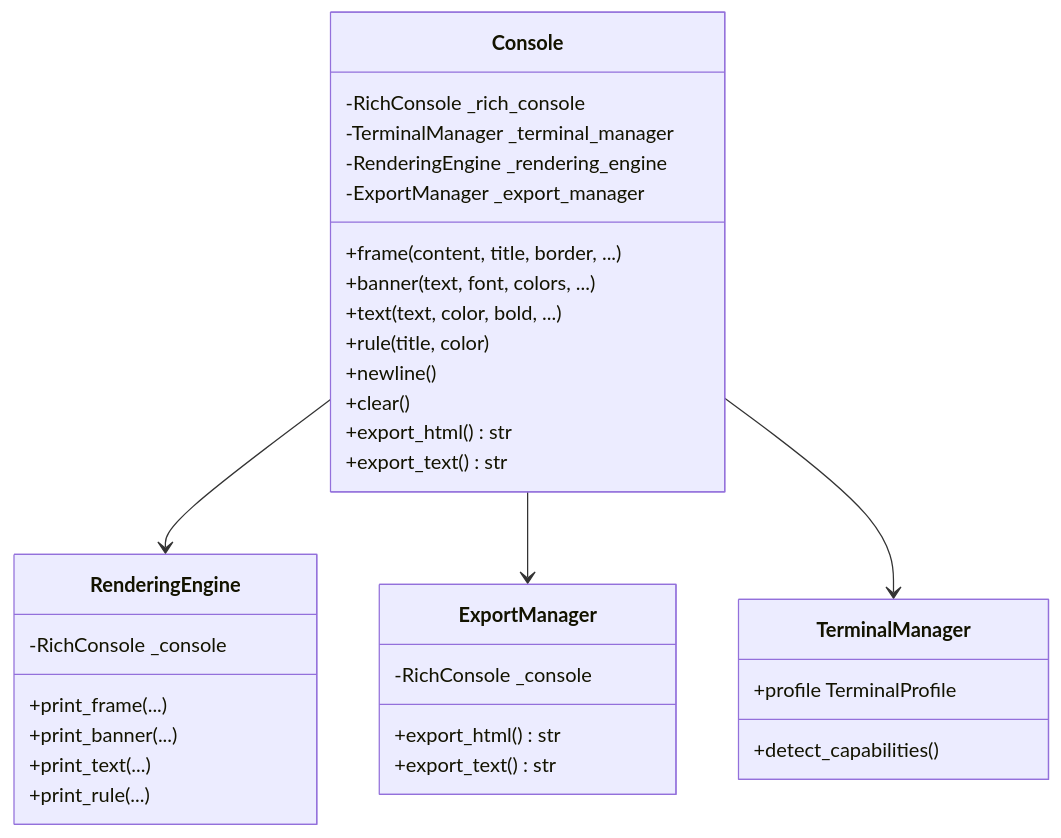
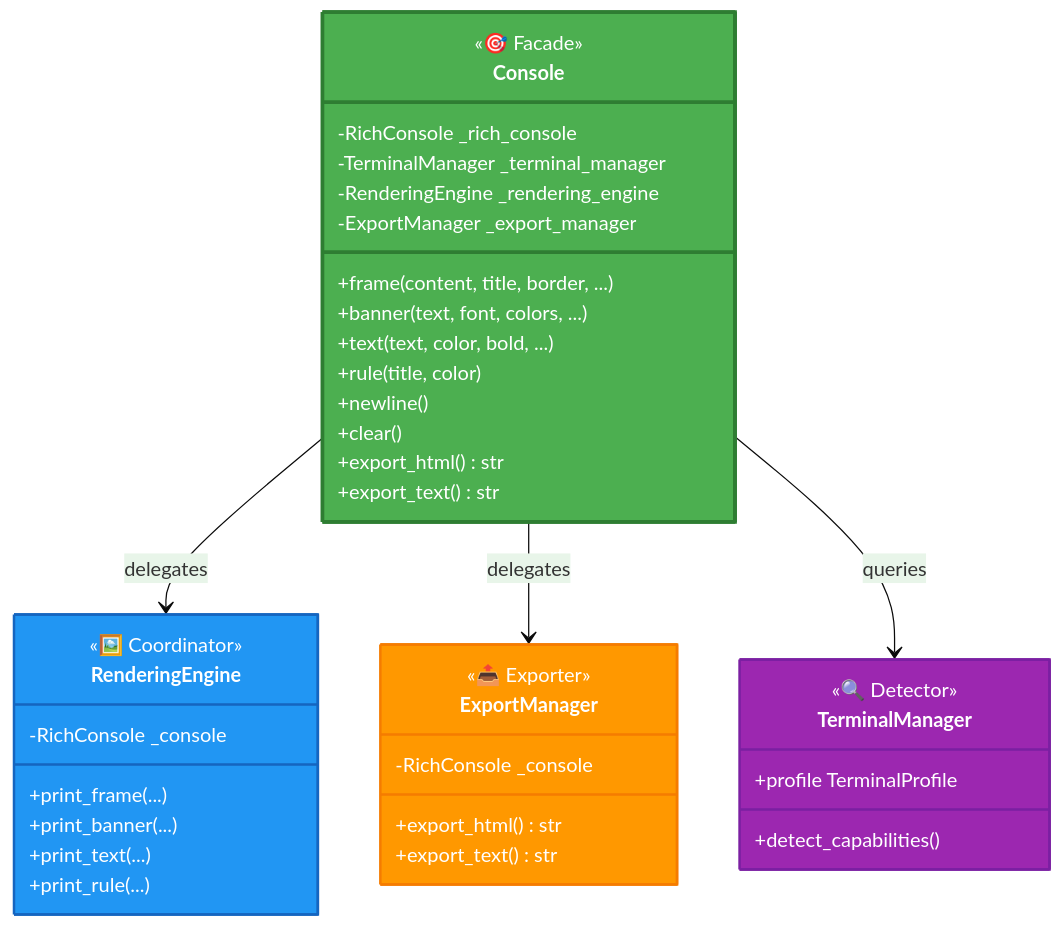
One commit to ksokolowski/StyledConsole changed the sixth of 11 diagrams in docs/DEVELOPER_GUIDE.md. Above: the diagram before and after it, drawn with Mermaid. The commit also changed other lines of this file, not shown here.

Commit message:
docs: enhance Mermaid diagrams with colors, emojis, and Material Design styling

````diff
--- a/docs/DEVELOPER_GUIDE.md
+++ b/docs/DEVELOPER_GUIDE.md
@@ -299,40 +359,52 @@
 ```mermaid
+%%{init: {'theme': 'base', 'themeVariables': { 'primaryColor': '#E8F5E9'}}}%%
 classDiagram
+    direction TB
+
     class Console {
+        <<🎯 Facade>>
         -RichConsole _rich_console
         -TerminalManager _terminal_manager
         -RenderingEngine _rendering_engine
         -ExportManager _export_manager
         +frame(content, title, border, ...)
         +banner(text, font, colors, ...)
         +text(text, color, bold, ...)
         +rule(title, color)
         +newline()
         +clear()
         +export_html() str
         +export_text() str
     }
 
     class RenderingEngine {
+        <<🖼️ Coordinator>>
         -RichConsole _console
         +print_frame(...)
         +print_banner(...)
         +print_text(...)
         +print_rule(...)
     }
 
     class ExportManager {
+        <<📤 Exporter>>
         -RichConsole _console
         +export_html() str
         +export_text() str
     }
 
     class TerminalManager {
+        <<🔍 Detector>>
         +profile TerminalProfile
         +detect_capabilities()
     }
 
-    Console --> RenderingEngine
-    Console --> ExportManager
-    Console --> TerminalManager
+    Console --> RenderingEngine : delegates
+    Console --> ExportManager : delegates
+    Console --> TerminalManager : queries
+
+    style Console fill:#4CAF50,color:#fff,stroke:#2E7D32,stroke-width:3px
+    style RenderingEngine fill:#2196F3,color:#fff,stroke:#1565C0,stroke-width:2px
+    style ExportManager fill:#FF9800,color:#fff,stroke:#F57C00,stroke-width:2px
+    style TerminalManager fill:#9C27B0,color:#fff,stroke:#7B1FA2,stroke-width:2px
 ```
````
